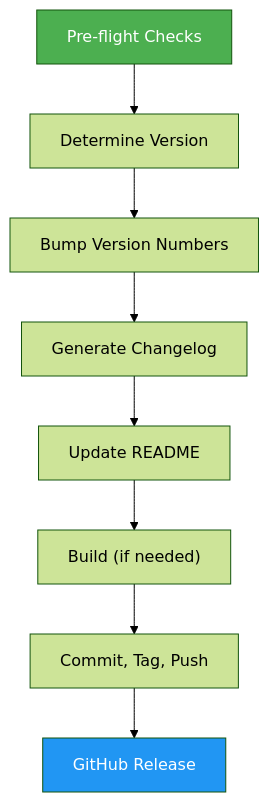
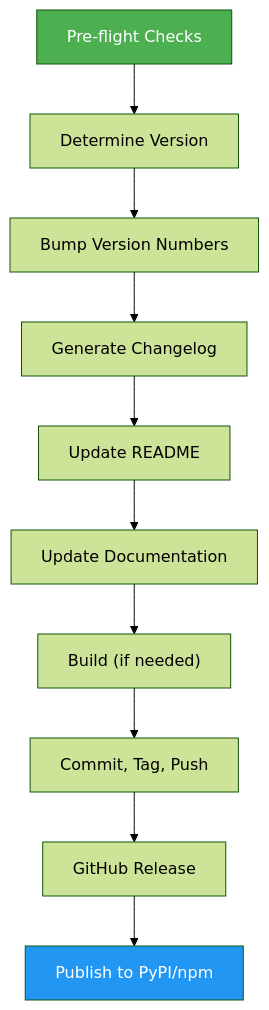
One commit to luongnv89/skills changed the diagram in skills/release-manager/README.md. Above: the diagram before and after it, drawn with Mermaid (forest theme). The commit also changed other lines of this file and 4 other files, not shown here.

First line of the commit message:
feat(release-manager): add doc sync and PyPI/npm publish steps, add install-all-tools support

````diff
--- a/skills/release-manager/README.md
+++ b/skills/release-manager/README.md
@@ -28,12 +33,14 @@
 ```mermaid
 graph TD
     A["Pre-flight Checks"] --> B["Determine Version"]
     B --> C["Bump Version Numbers"]
     C --> D["Generate Changelog"]
     D --> E["Update README"]
-    E --> F["Build (if needed)"]
-    F --> G["Commit, Tag, Push"]
-    G --> H["GitHub Release"]
+    E --> F["Update Documentation"]
+    F --> G["Build (if needed)"]
+    G --> H["Commit, Tag, Push"]
+    H --> I["GitHub Release"]
+    I --> J["Publish to PyPI/npm"]
     style A fill:#4CAF50,color:#fff
-    style H fill:#2196F3,color:#fff
+    style J fill:#2196F3,color:#fff
 ```
````
